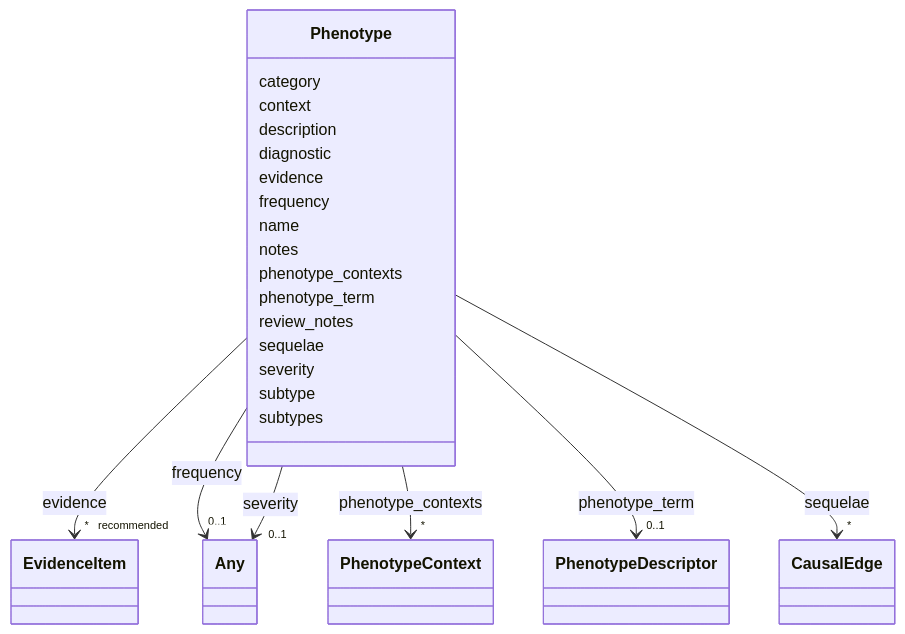
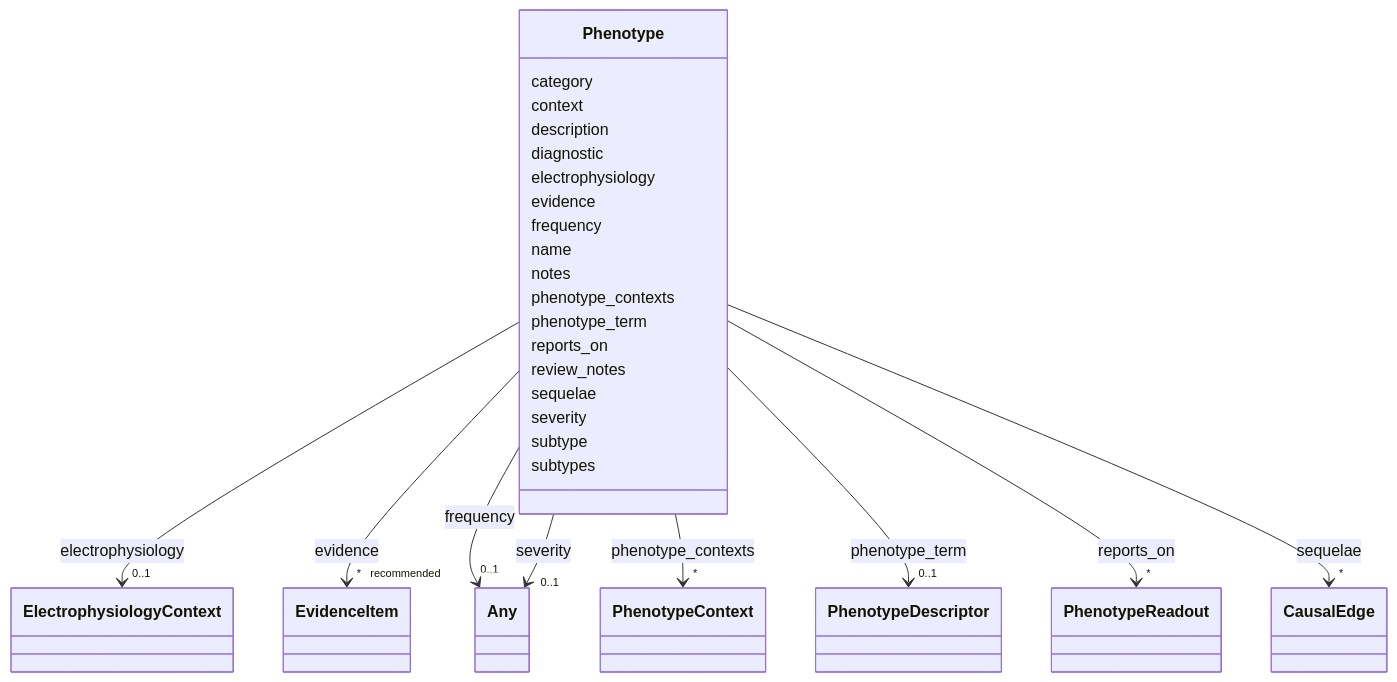
The diagram in docs/schema/classes/Phenotype.md (monarch-initiative/dismech), drawn with Mermaid before and after one commit. The commit also changed other lines of this file and 393 other files, not shown here.

```diff
--- a/docs/schema/classes/Phenotype.md
+++ b/docs/schema/classes/Phenotype.md
@@ -21,6 +21,17 @@
       Phenotype : description
         
       Phenotype : diagnostic
+        
+      Phenotype : electrophysiology
+        
+          
+    
+        
+        
+        Phenotype --> "0..1" ElectrophysiologyContext : electrophysiology
+        click ElectrophysiologyContext href "../../classes/ElectrophysiologyContext/"
+    
+
         
       Phenotype : evidence
         
@@ -70,6 +81,17 @@
     
 
         
+      Phenotype : reports_on
+        
+          
+    
+        
+        
+        Phenotype --> "*" PhenotypeReadout : reports_on
+        click PhenotypeReadout href "../../classes/PhenotypeReadout/"
+    
+
+        
       Phenotype : review_notes
         
       Phenotype : sequelae
```
